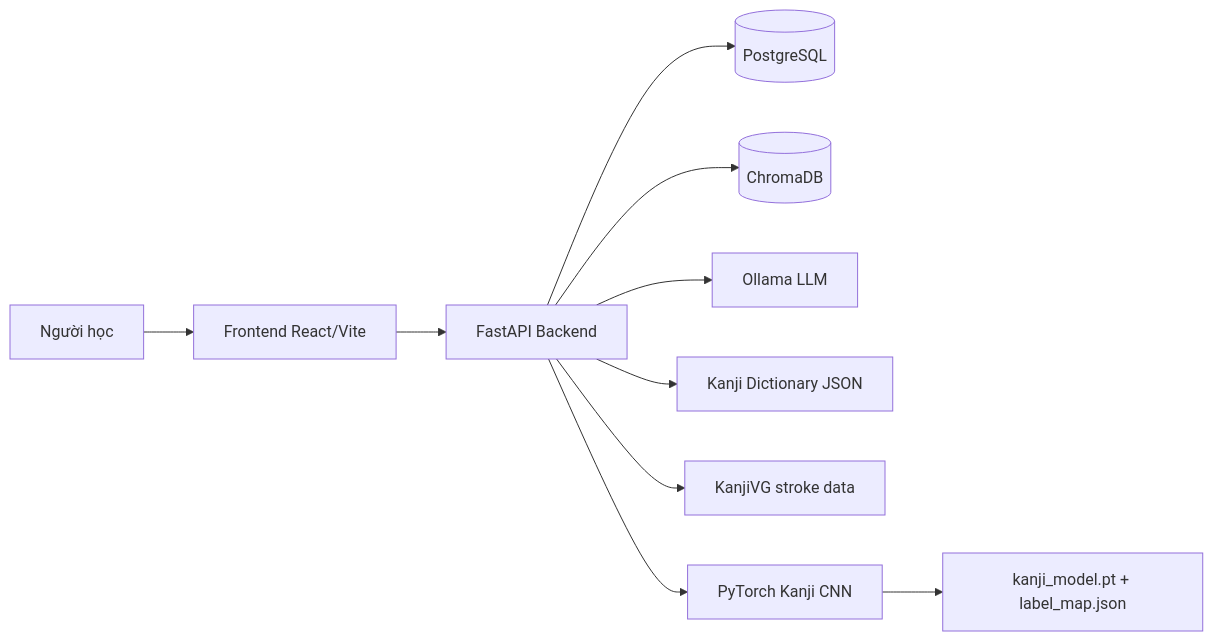
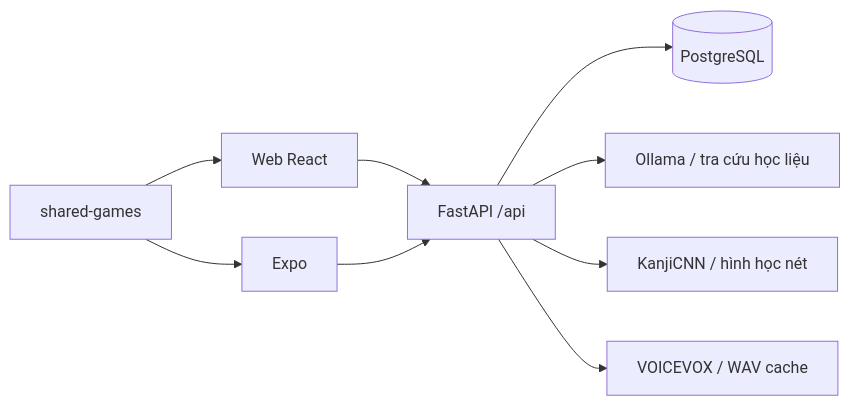
One commit to nguyendothanhnam/SenpaiAI changed the diagram in docs/BAO_CAO_DU_AN.md. Above: the diagram before and after it, drawn with Mermaid. The commit also changed other lines of this file and 20 other files, not shown here.

````diff
--- a/docs/BAO_CAO_DU_AN.md
+++ b/docs/BAO_CAO_DU_AN.md
@@ -81,12 +9,11 @@
 ```mermaid
 flowchart LR
-    User[Người học] --> FE[Frontend React/Vite]
-    FE --> API[FastAPI Backend]
-    API --> PG[(PostgreSQL)]
-    API --> Chroma[(ChromaDB)]
-    API --> Ollama[Ollama LLM]
-    API --> KanjiDict[Kanji Dictionary JSON]
-    API --> KanjiVG[KanjiVG stroke data]
-    API --> CNN[PyTorch Kanji CNN]
-    CNN --> ModelFiles[kanji_model.pt + label_map.json]
+  W[Web React] --> A[FastAPI /api]
+  M[Expo] --> A
+  A --> P[(PostgreSQL)]
+  A --> L[Ollama / tra cứu học liệu]
+  A --> K[KanjiCNN / hình học nét]
+  A --> V[VOICEVOX / WAV cache]
+  G[shared-games] --> W
+  G --> M
 ```
````
